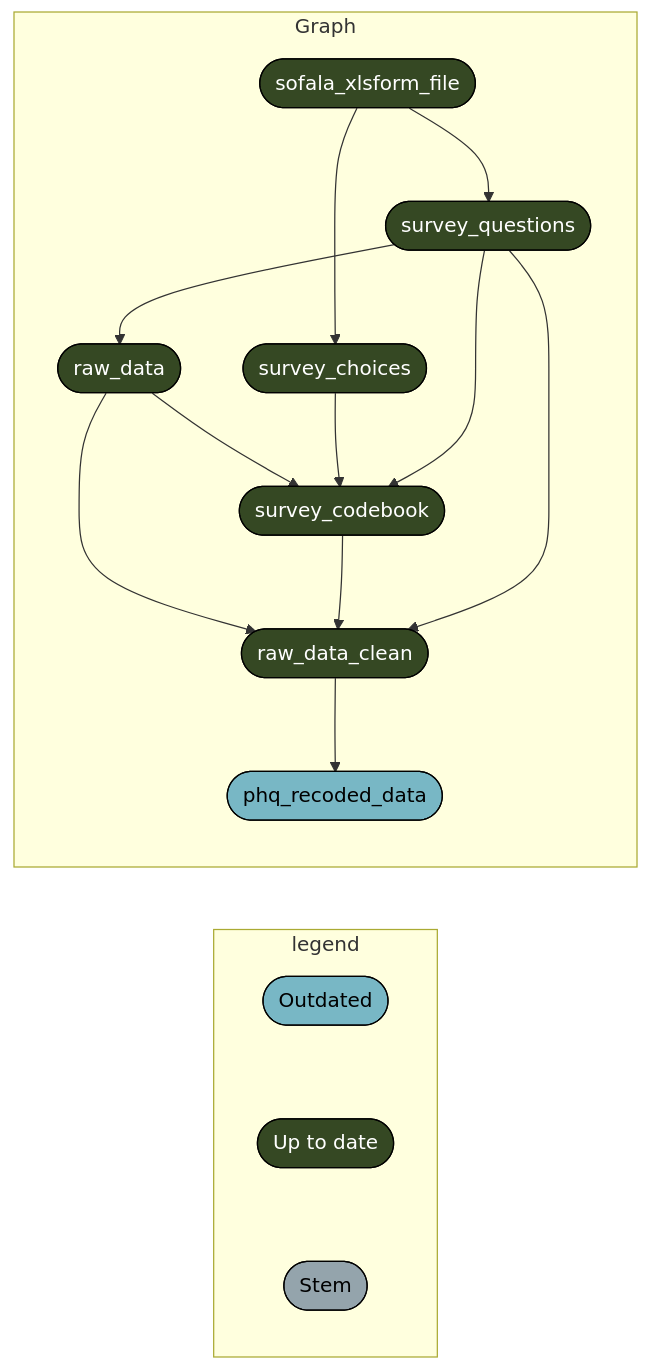
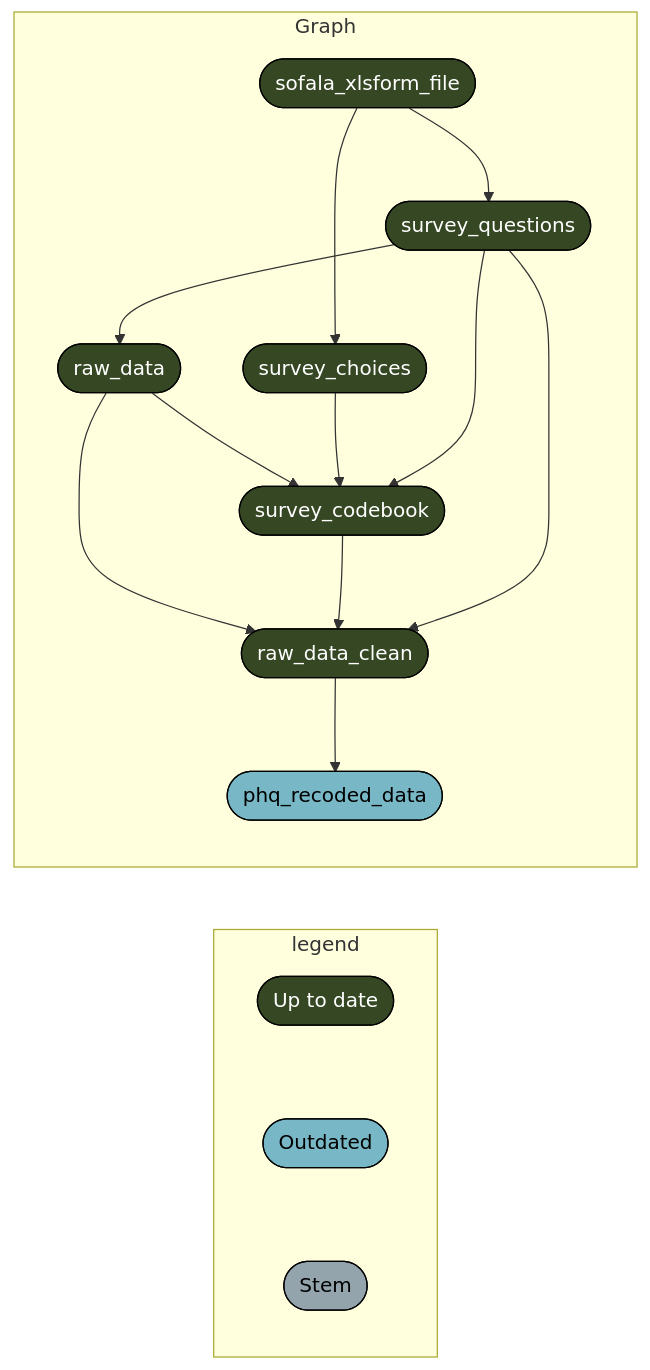
Before and after one commit to katilingban/mozambique-s3m: the third of 5 diagrams in README.md, drawn with Mermaid. The commit also changed other lines of this file and 5 other files, not shown here.

````diff
--- a/README.md
+++ b/README.md
@@ -97,24 +95,24 @@
 ``` mermaid
 graph LR
   subgraph legend
-    x0a52b03877696646([""Outdated""]):::outdated --- x7420bd9270f8d27d([""Up to date""]):::uptodate
-    x7420bd9270f8d27d([""Up to date""]):::uptodate --- xbf4603d6c2c2ad6b([""Stem""]):::none
+    x7420bd9270f8d27d([""Up to date""]):::uptodate --- x0a52b03877696646([""Outdated""]):::outdated
+    x0a52b03877696646([""Outdated""]):::outdated --- xbf4603d6c2c2ad6b([""Stem""]):::none
   end
   subgraph Graph
+    x52eeb21c389d52d8(["sofala_xlsform_file"]):::uptodate --> x0c65864d89dfd824(["survey_questions"]):::uptodate
     x136e4e85e6851637(["raw_data"]):::uptodate --> xfcfc1959dbba8ed3(["survey_codebook"]):::uptodate
     x5aed27afbde18e19(["survey_choices"]):::uptodate --> xfcfc1959dbba8ed3(["survey_codebook"]):::uptodate
     x0c65864d89dfd824(["survey_questions"]):::uptodate --> xfcfc1959dbba8ed3(["survey_codebook"]):::uptodate
-    x0c65864d89dfd824(["survey_questions"]):::uptodate --> x136e4e85e6851637(["raw_data"]):::uptodate
-    x09e58614f2343db8(["raw_data_clean"]):::uptodate --> xfbe1be7fbc5dc84a(["phq_recoded_data"]):::outdated
     x136e4e85e6851637(["raw_data"]):::uptodate --> x09e58614f2343db8(["raw_data_clean"]):::uptodate
     xfcfc1959dbba8ed3(["survey_codebook"]):::uptodate --> x09e58614f2343db8(["raw_data_clean"]):::uptodate
     x0c65864d89dfd824(["survey_questions"]):::uptodate --> x09e58614f2343db8(["raw_data_clean"]):::uptodate
-    x52eeb21c389d52d8(["sofala_xlsform_file"]):::uptodate --> x0c65864d89dfd824(["survey_questions"]):::uptodate
     x52eeb21c389d52d8(["sofala_xlsform_file"]):::uptodate --> x5aed27afbde18e19(["survey_choices"]):::uptodate
+    x09e58614f2343db8(["raw_data_clean"]):::uptodate --> xfbe1be7fbc5dc84a(["phq_recoded_data"]):::outdated
+    x0c65864d89dfd824(["survey_questions"]):::uptodate --> x136e4e85e6851637(["raw_data"]):::uptodate
   end
+  classDef uptodate stroke:#000000,color:#ffffff,fill:#354823;
   classDef outdated stroke:#000000,color:#000000,fill:#78B7C5;
-  classDef uptodate stroke:#000000,color:#ffffff,fill:#354823;
   classDef none stroke:#000000,color:#000000,fill:#94a4ac;
   linkStyle 0 stroke-width:0px;
   linkStyle 1 stroke-width:0px;
 ```
````
